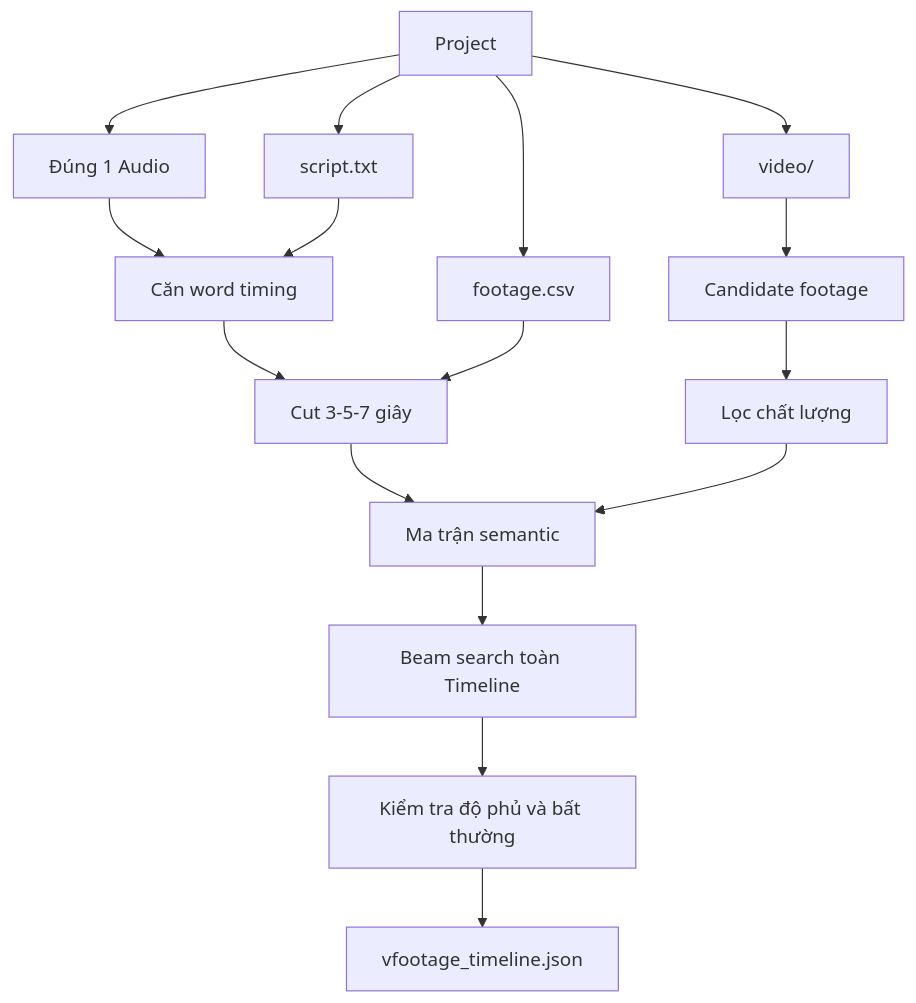
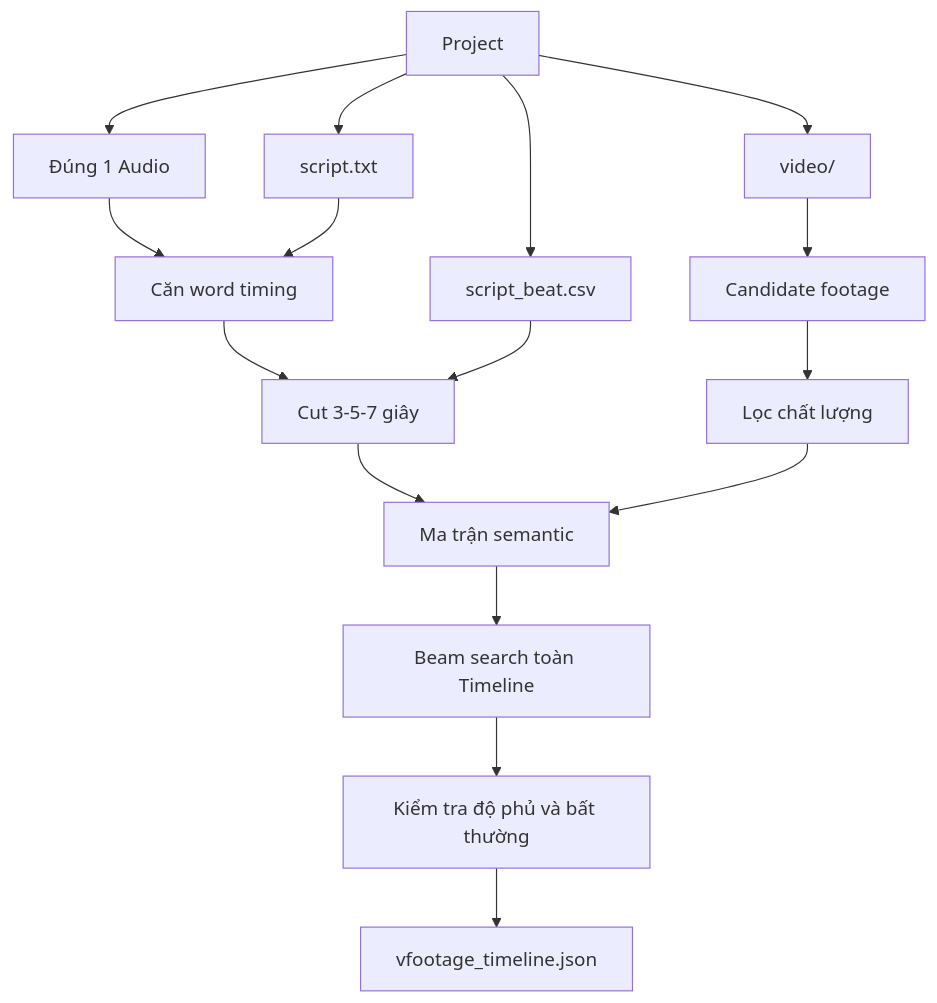
The second of 3 diagrams in tools/footage-video-builder/docs/ARCHITECTURE.md (aepiran/YoutubeAI), drawn with Mermaid before and after one commit. The commit also changed 45 other files, not shown here.

````diff
--- a/tools/footage-video-builder/docs/ARCHITECTURE.md
+++ b/tools/footage-video-builder/docs/ARCHITECTURE.md
@@ -48,18 +48,18 @@
 ```mermaid
 flowchart TD
     P[Project] --> V[Đúng 1 Audio]
     P --> S[script.txt]
-    P --> B[footage.csv]
+    P --> B[script_beat.csv]
     P --> F[video/]
     V --> A[Căn word timing]
     S --> A
     A --> C[Cut 3-5-7 giây]
     B --> C
     F --> D[Candidate footage]
     D --> Q[Lọc chất lượng]
     C --> M[Ma trận semantic]
     Q --> M
     M --> O[Beam search toàn Timeline]
     O --> H[Kiểm tra độ phủ và bất thường]
     H --> R[vfootage_timeline.json]
 ```
````
